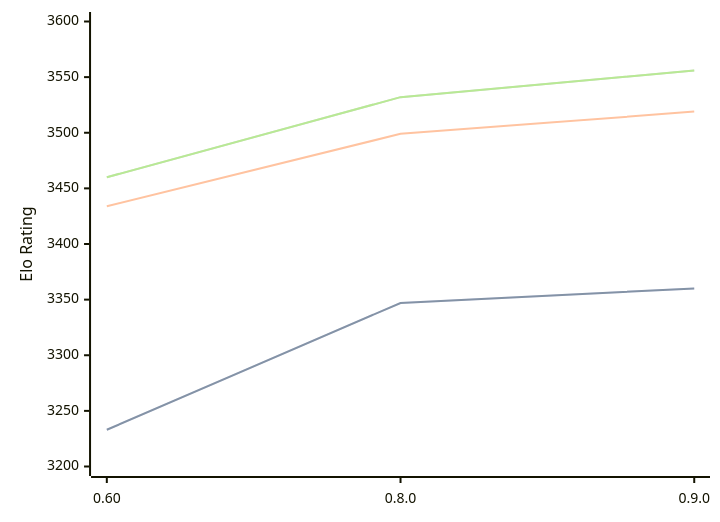
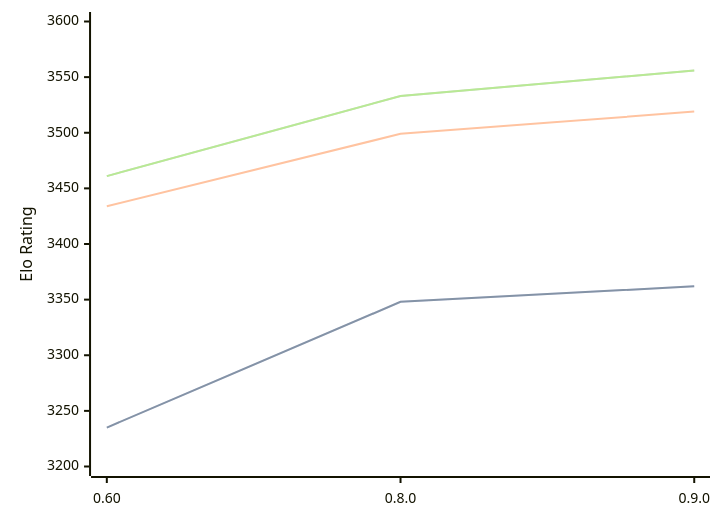
The diagram in engines/Motor.md (computer-chess-index/cci), drawn with Mermaid before and after one commit. The commit also changed other lines of this file, not shown here.

Commit message:
Update CCI Ratings (ELO VLTC) - 2026-04-02

````diff
--- a/engines/Motor.md
+++ b/engines/Motor.md
@@ -39,11 +39,11 @@
 ```mermaid
 %%{init: {"theme":"base","themeVariables":{"seriesColors:['#a3a3a3','#222221','#faa371']}}}%%
 xychart-beta
   x-axis ["0.60", "0.8.0", "0.9.0"]
   y-axis "Elo Rating" 3200 --> 3600
-  line "STC (8.0+0.08s)" [3233, 3347, 3360]
-  line "STC (8.0+0.08s)" [3233, 3347, 3360]
+  line "STC (8.0+0.08s)" [3235, 3348, 3362]
+  line "STC (8.0+0.08s)" [3235, 3348, 3362]
   line "LTC (60.0+0.60s)" [3434, 3499, 3519]
-  line "VLTC (2m24s+1.12s)" [3460, 3532, 3556]
-  line "VLTC (2m24s+1.12s)" [3460, 3532, 3556]
+  line "VLTC (2m24s+1.12s)" [3461, 3533, 3556]
+  line "VLTC (2m24s+1.12s)" [3461, 3533, 3556]
 ```
````
